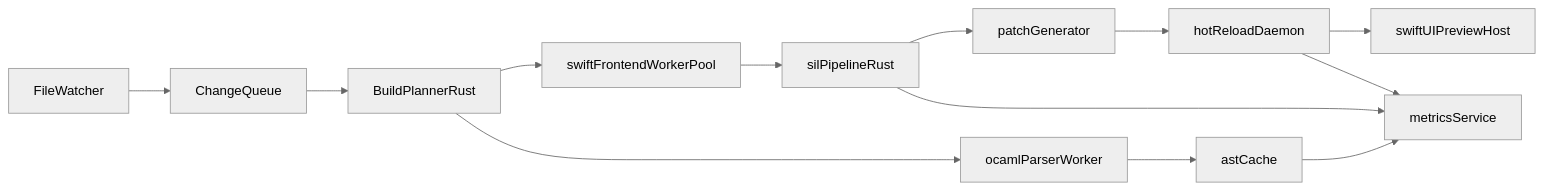
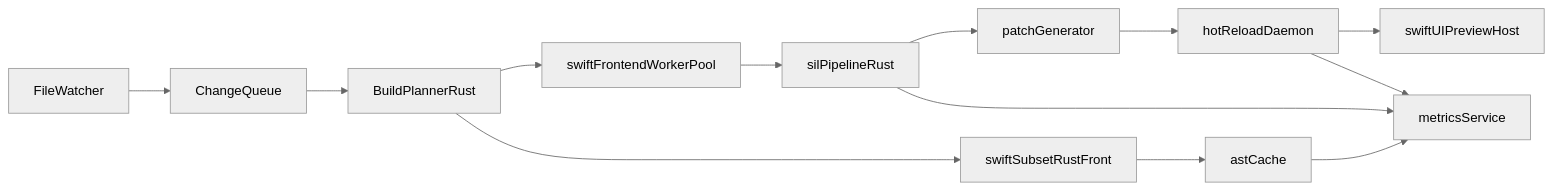
Before and after one commit to semitechnological/inauguration: the diagram in docs/architecture/hybrid-mvp.md, drawn with Mermaid (neutral theme). The commit also changed 27 other files, not shown here.

First line of the commit message:
Replace OCaml front with Rust swift_subset; bench ranges

````diff
--- a/docs/architecture/hybrid-mvp.md
+++ b/docs/architecture/hybrid-mvp.md
@@ -5,15 +5,15 @@
 ```mermaid
 flowchart LR
   fileWatcher[FileWatcher] --> changeQueue[ChangeQueue]
   changeQueue --> buildPlanner[BuildPlannerRust]
   buildPlanner --> swiftFront[swiftFrontendWorkerPool]
-  buildPlanner --> ocamlFront[ocamlParserWorker]
+  buildPlanner --> rustSubset[swiftSubsetRustFront]
   swiftFront --> silPipe[silPipelineRust]
-  ocamlFront --> astCache[astCache]
+  rustSubset --> astCache[astCache]
   silPipe --> patchGen[patchGenerator]
   patchGen --> hotReloadD[hotReloadDaemon]
   hotReloadD --> previewHost[swiftUIPreviewHost]
   astCache --> metricsSvc[metricsService]
   silPipe --> metricsSvc
   hotReloadD --> metricsSvc
 ```
````
